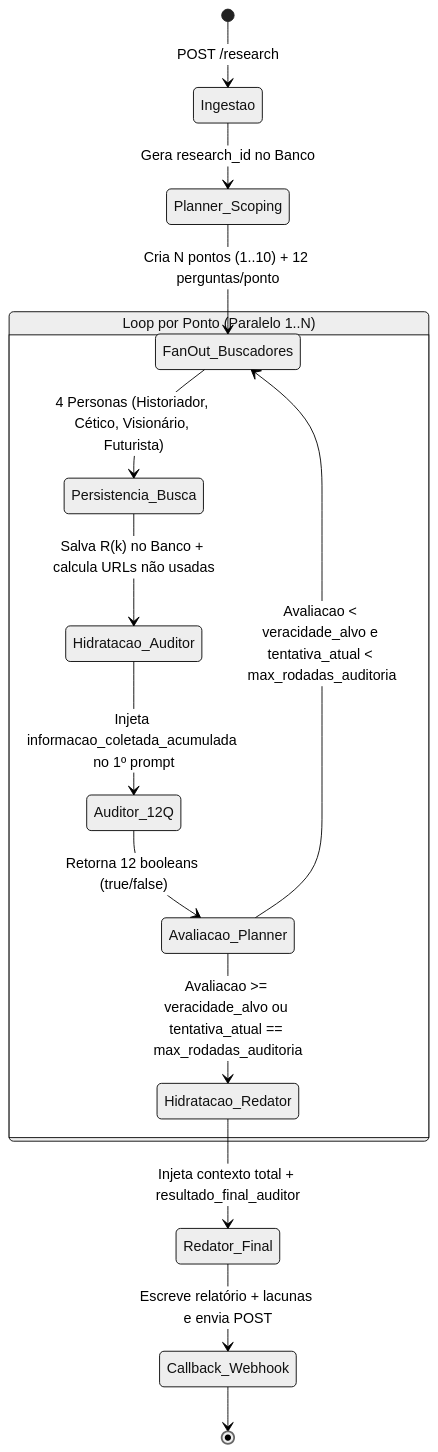
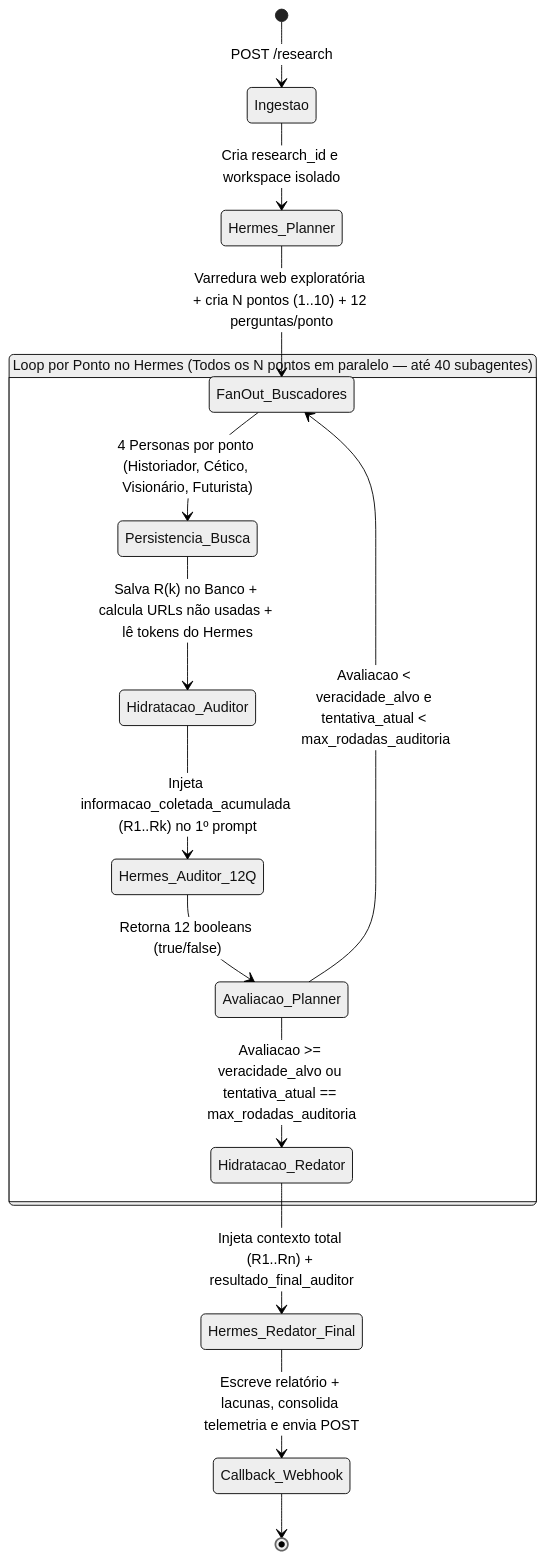
Before and after one commit to eliejosuevargas01-stack/Deep-Research: the diagram in SDD.md, drawn with Mermaid (neutral theme). The commit also changed other lines of this file and 3 other files, not shown here.

Commit message:
docs(spec): alinha PRD, SDD, README e cenarios BDD ao motor Hermes real (40 subagentes, config.yaml e planner exploratorio)

````diff
--- a/SDD.md
+++ b/SDD.md
@@ -7,19 +12,19 @@
 ```mermaid
 stateDiagram-v2
     [*] --> Ingestao: POST /research
-    Ingestao --> Planner_Scoping: Gera research_id no Banco
-    Planner_Scoping --> FanOut_Buscadores: Cria N pontos (1..10) + 12 perguntas/ponto
+    Ingestao --> Hermes_Planner: Cria research_id e workspace isolado
+    Hermes_Planner --> FanOut_Buscadores: Varredura web exploratória + cria N pontos (1..10) + 12 perguntas/ponto
 
-    state "Loop por Ponto (Paralelo 1..N)" as LoopPonto {
-        FanOut_Buscadores --> Persistencia_Busca: 4 Personas (Historiador, Cético, Visionário, Futurista)
-        Persistencia_Busca --> Hidratacao_Auditor: Salva R(k) no Banco + calcula URLs não usadas
-        Hidratacao_Auditor --> Auditor_12Q: Injeta informacao_coletada_acumulada no 1º prompt
-        Auditor_12Q --> Avaliacao_Planner: Retorna 12 booleans (true/false)
+    state "Loop por Ponto no Hermes (Todos os N pontos em paralelo — até 40 subagentes)" as LoopPonto {
+        FanOut_Buscadores --> Persistencia_Busca: 4 Personas por ponto (Historiador, Cético, Visionário, Futurista)
+        Persistencia_Busca --> Hidratacao_Auditor: Salva R(k) no Banco + calcula URLs não usadas + lê tokens do Hermes
+        Hidratacao_Auditor --> Hermes_Auditor_12Q: Injeta informacao_coletada_acumulada (R1..Rk) no 1º prompt
+        Hermes_Auditor_12Q --> Avaliacao_Planner: Retorna 12 booleans (true/false)
         Avaliacao_Planner --> FanOut_Buscadores: Avaliacao < veracidade_alvo e tentativa_atual < max_rodadas_auditoria
         Avaliacao_Planner --> Hidratacao_Redator: Avaliacao >= veracidade_alvo ou tentativa_atual == max_rodadas_auditoria
     }
 
-    Hidratacao_Redator --> Redator_Final: Injeta contexto total + resultado_final_auditor
-    Redator_Final --> Callback_Webhook: Escreve relatório + lacunas e envia POST
+    Hidratacao_Redator --> Hermes_Redator_Final: Injeta contexto total (R1..Rn) + resultado_final_auditor
+    Hermes_Redator_Final --> Callback_Webhook: Escreve relatório + lacunas, consolida telemetria e envia POST
     Callback_Webhook --> [*]
 ```
````
